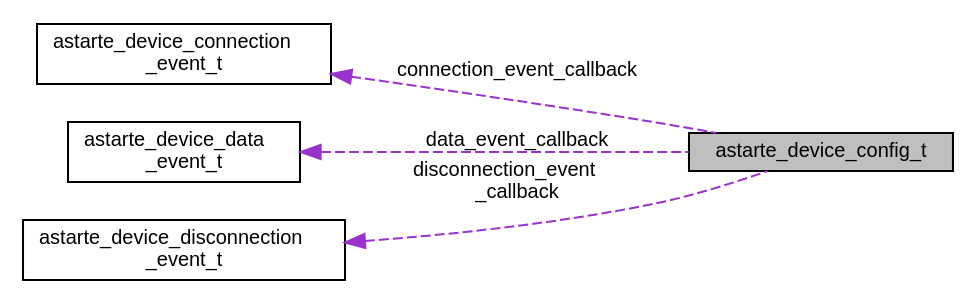
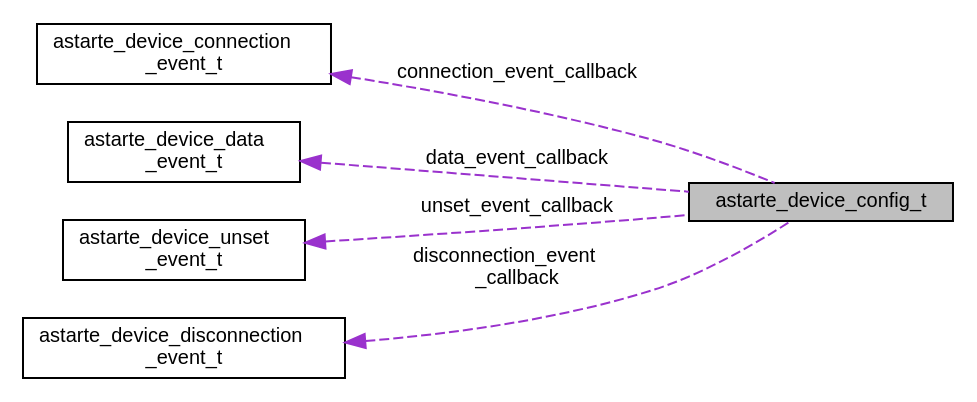
The diagram in 1.0/device-sdks/esp32/structastarte__device__config__t__coll__graph.dot (astarte-platform/docs), drawn with Graphviz before and after one commit. The commit also changed 29 other files, not shown here.

```diff
--- a/1.0/device-sdks/esp32/structastarte__device__config__t__coll__graph.dot
+++ b/1.0/device-sdks/esp32/structastarte__device__config__t__coll__graph.dot
@@ -1,14 +1,16 @@
 digraph "astarte_device_config_t"
 {
  // LATEX_PDF_SIZE
   edge [fontname="Helvetica",fontsize="10",labelfontname="Helvetica",labelfontsize="10"];
   node [fontname="Helvetica",fontsize="10",shape=record];
   rankdir="LR";
   Node1 [label="astarte_device_config_t",height=0.2,width=0.4,color="black", fillcolor="grey75", style="filled", fontcolor="black",tooltip=" "];
   Node2 -> Node1 [dir="back",color="darkorchid3",fontsize="10",style="dashed",label=" connection_event_callback" ,fontname="Helvetica"];
   Node2 [label="astarte_device_connection\l_event_t",height=0.2,width=0.4,color="black", fillcolor="white", style="filled",URL="$structastarte__device__connection__event__t.html",tooltip=" "];
   Node3 -> Node1 [dir="back",color="darkorchid3",fontsize="10",style="dashed",label=" data_event_callback" ,fontname="Helvetica"];
   Node3 [label="astarte_device_data\l_event_t",height=0.2,width=0.4,color="black", fillcolor="white", style="filled",URL="$structastarte__device__data__event__t.html",tooltip=" "];
-  Node4 -> Node1 [dir="back",color="darkorchid3",fontsize="10",style="dashed",label=" disconnection_event\l_callback" ,fontname="Helvetica"];
-  Node4 [label="astarte_device_disconnection\l_event_t",height=0.2,width=0.4,color="black", fillcolor="white", style="filled",URL="$structastarte__device__disconnection__event__t.html",tooltip=" "];
+  Node4 -> Node1 [dir="back",color="darkorchid3",fontsize="10",style="dashed",label=" unset_event_callback" ,fontname="Helvetica"];
+  Node4 [label="astarte_device_unset\l_event_t",height=0.2,width=0.4,color="black", fillcolor="white", style="filled",URL="$structastarte__device__unset__event__t.html",tooltip=" "];
+  Node5 -> Node1 [dir="back",color="darkorchid3",fontsize="10",style="dashed",label=" disconnection_event\l_callback" ,fontname="Helvetica"];
+  Node5 [label="astarte_device_disconnection\l_event_t",height=0.2,width=0.4,color="black", fillcolor="white", style="filled",URL="$structastarte__device__disconnection__event__t.html",tooltip=" "];
 }
```
